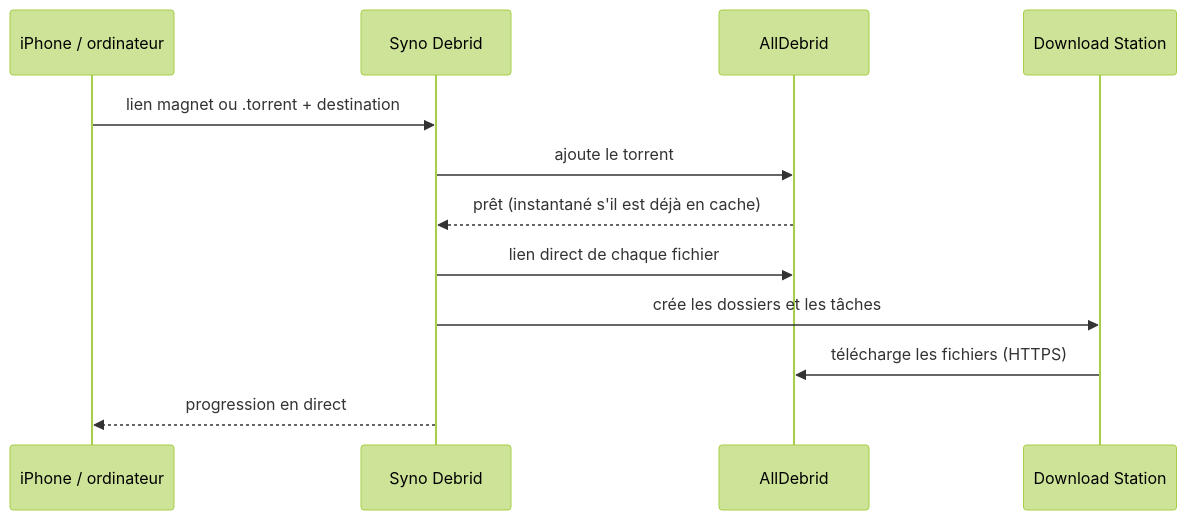
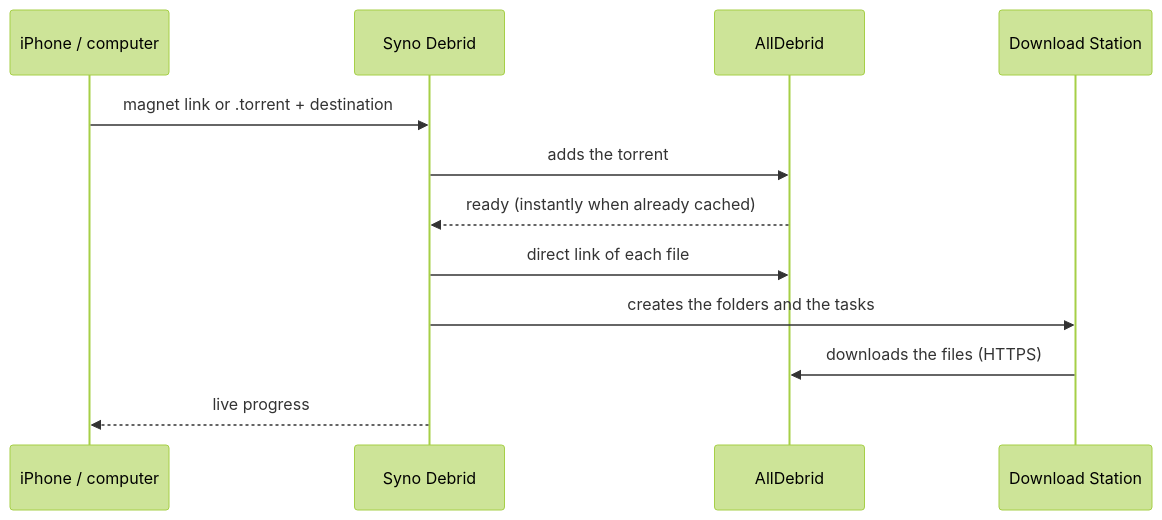
Before and after one commit to piitaya/syno-debrid: the diagram in README.md, drawn with Mermaid (forest theme). The commit also changed other lines of this file and 1 other file, not shown here.

````diff
--- a/README.md
+++ b/README.md
@@ -59,14 +61,14 @@
 ```mermaid
 sequenceDiagram
-    participant Vous as iPhone / ordinateur
+    participant You as iPhone / computer
     participant App as Syno Debrid
     participant Debrid as AllDebrid
     participant DS as Download Station
-    Vous->>App: lien magnet ou .torrent + destination
-    App->>Debrid: ajoute le torrent
-    Debrid-->>App: prêt (instantané s'il est déjà en cache)
-    App->>Debrid: lien direct de chaque fichier
-    App->>DS: crée les dossiers et les tâches
-    DS->>Debrid: télécharge les fichiers (HTTPS)
-    App-->>Vous: progression en direct
+    You->>App: magnet link or .torrent + destination
+    App->>Debrid: adds the torrent
+    Debrid-->>App: ready (instantly when already cached)
+    App->>Debrid: direct link of each file
+    App->>DS: creates the folders and the tasks
+    DS->>Debrid: downloads the files (HTTPS)
+    App-->>You: live progress
 ```
````
